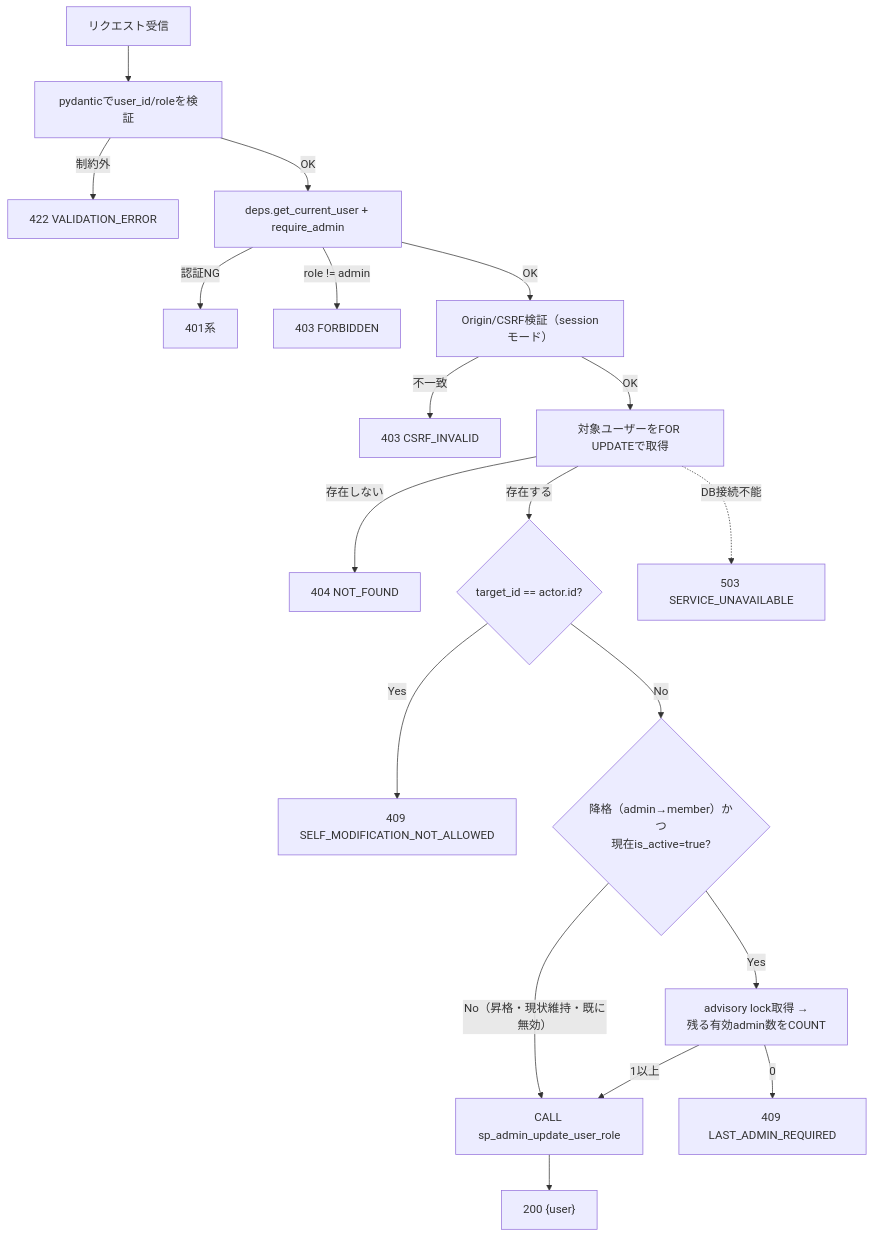
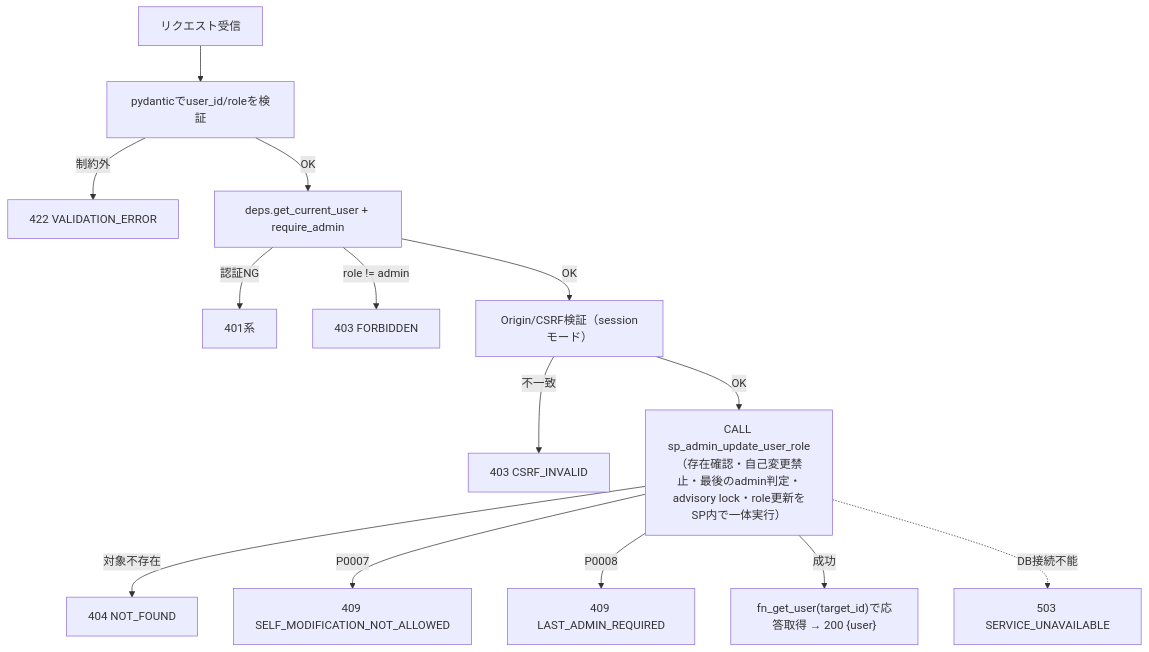
The second of 4 diagrams in detailed_design/api/admin/02_patch_admin_user_role.md (oikawa-d/task_management), drawn with Mermaid before and after one commit. The commit also changed other lines of this file and 5 other files, not shown here.

````diff
--- a/detailed_design/api/admin/02_patch_admin_user_role.md
+++ b/detailed_design/api/admin/02_patch_admin_user_role.md
@@ -148,21 +139,16 @@
 ```mermaid
 flowchart TB
     A["リクエスト受信"] --> B["pydanticでuser_id/roleを検証"]
     B -->|"制約外"| B1["422 VALIDATION_ERROR"]
     B -->|"OK"| C["deps.get_current_user + require_admin"]
     C -->|"認証NG"| C1["401系"]
     C -->|"role != admin"| C2["403 FORBIDDEN"]
     C -->|"OK"| D["Origin/CSRF検証（sessionモード）"]
     D -->|"不一致"| D1["403 CSRF_INVALID"]
-    D -->|"OK"| E["対象ユーザーをFOR UPDATEで取得"]
-    E -->|"存在しない"| E1["404 NOT_FOUND"]
-    E -->|"存在する"| F{"target_id == actor.id?"}
-    F -->|"Yes"| F1["409 SELF_MODIFICATION_NOT_ALLOWED"]
-    F -->|"No"| G{"降格（admin→member）かつ<br/>現在is_active=true?"}
-    G -->|"No（昇格・現状維持・既に無効）"| I["CALL sp_admin_update_user_role"]
-    G -->|"Yes"| H["advisory lock取得 →<br/>残る有効admin数をCOUNT"]
-    H -->|"0"| H1["409 LAST_ADMIN_REQUIRED"]
-    H -->|"1以上"| I
-    I --> J["200 {user}"]
-    E -.->|"DB接続不能"| K["503 SERVICE_UNAVAILABLE"]
+    D -->|"OK"| I["CALL sp_admin_update_user_role<br/>（存在確認・自己変更禁止・最後のadmin判定・advisory lock・role更新をSP内で一体実行）"]
+    I -->|"対象不存在"| E1["404 NOT_FOUND"]
+    I -->|"P0007"| F1["409 SELF_MODIFICATION_NOT_ALLOWED"]
+    I -->|"P0008"| H1["409 LAST_ADMIN_REQUIRED"]
+    I -->|"成功"| J["fn_get_user(target_id)で応答取得 → 200 {user}"]
+    I -.->|"DB接続不能"| K["503 SERVICE_UNAVAILABLE"]
 ```
````
